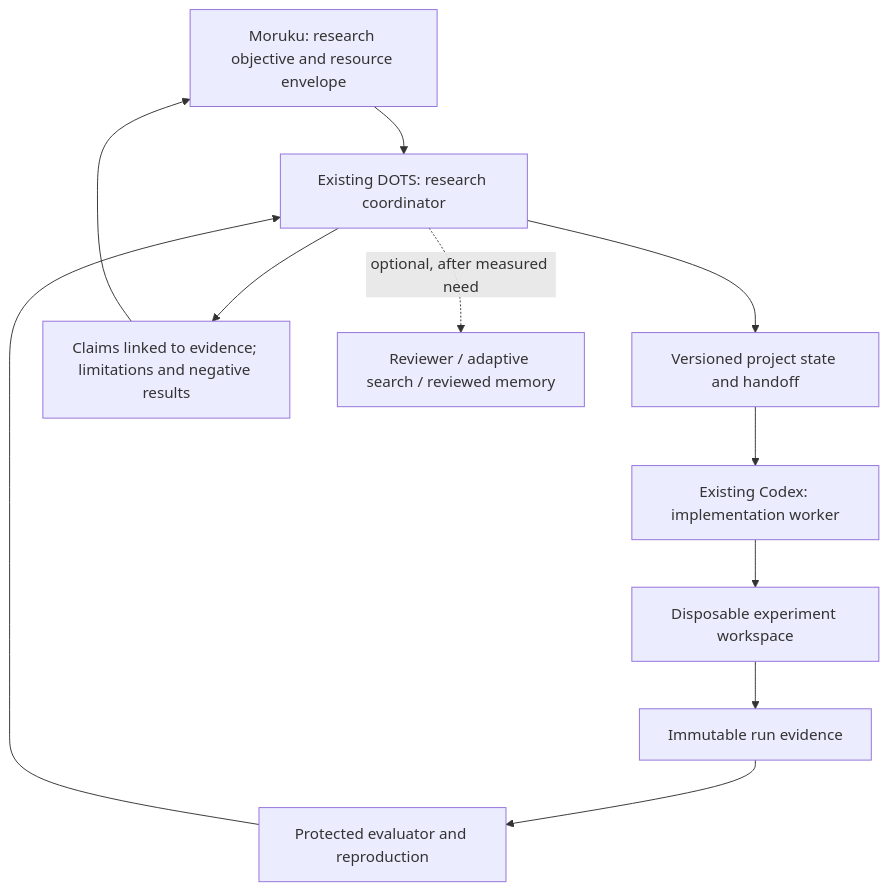
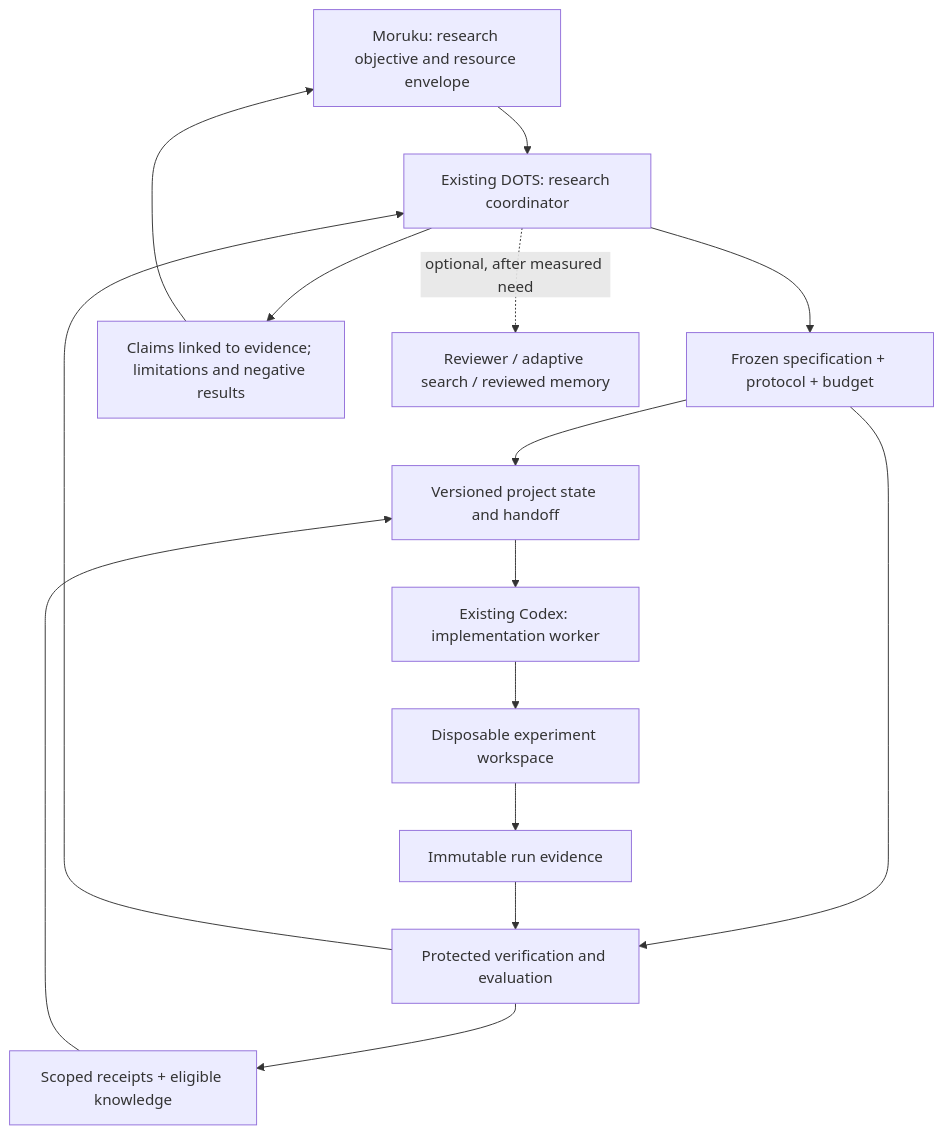
Before and after one commit to moruku36/ai-agent-scientist: the diagram in README.md, drawn with Mermaid. The commit also changed other lines of this file and 41 other files, not shown here.

Commit message:
Revise research design around frozen specifications and verified knowledge (#3)

````diff
--- a/README.md
+++ b/README.md
@@ -23,13 +23,17 @@
 ```mermaid
 flowchart TB
     H["Moruku: research objective and resource envelope"] --> D["Existing DOTS: research coordinator"]
-    D --> K["Versioned project state and handoff"]
+    D --> P["Frozen specification + protocol + budget"]
+    P --> K["Versioned project state and handoff"]
     K --> C["Existing Codex: implementation worker"]
     C --> X["Disposable experiment workspace"]
     X --> E["Immutable run evidence"]
-    E --> V["Protected evaluator and reproduction"]
+    P --> V["Protected verification and evaluation"]
+    E --> V
+    V --> Q["Scoped receipts + eligible knowledge"]
+    Q --> K
     V --> D
     D --> R["Claims linked to evidence; limitations and negative results"]
     R --> H
     D -. "optional, after measured need" .-> S["Reviewer / adaptive search / reviewed memory"]
 ```
````
